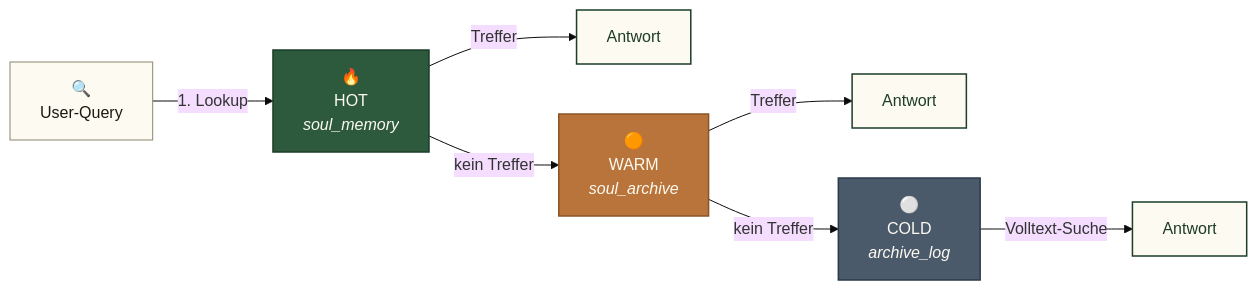
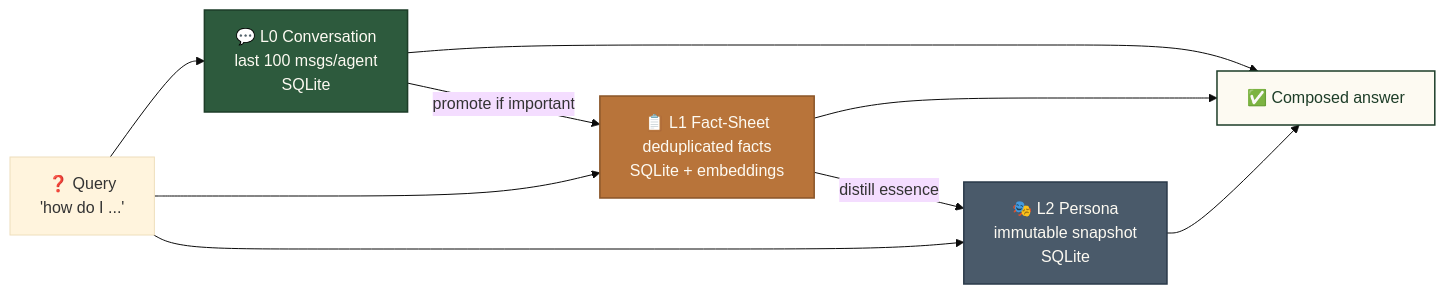
One commit to landjunge/gnom-hub changed the second of 5 diagrams in README.md. Above: the diagram before and after it, drawn with Mermaid (base theme). The commit also changed other lines of this file and 13 other files, not shown here.

````diff
--- a/README.md
+++ b/README.md
@@ -121,15 +152,19 @@
 ```mermaid
 graph LR
-    Q["🔍<br/>User-Query"]:::query -->|1. Lookup| H["🔥<br/>HOT<br/><i>soul_memory</i>"]:::hot
-    H -->|Treffer| R1["Antwort"]:::answer
-    H -->|kein Treffer| W["🟠<br/>WARM<br/><i>soul_archive</i>"]:::warm
-    W -->|Treffer| R2["Antwort"]:::answer
-    W -->|kein Treffer| C["⚪<br/>COLD<br/><i>archive_log</i>"]:::cold
-    C -->|Volltext-Suche| R3["Antwort"]:::answer
+    A["💬 L0 Conversation<br/>last 100 msgs/agent<br/>SQLite"]:::hot
+    B["📋 L1 Fact-Sheet<br/>deduplicated facts<br/>SQLite + embeddings"]:::warm
+    C["🎭 L2 Persona<br/>immutable snapshot<br/>SQLite"]:::cold
+    A -->|promote if important| B
+    B -->|distill essence| C
+    Q["❓ Query<br/>'how do I ...'"]:::query --> A
+    Q --> B
+    Q --> C
+    A --> ANSWER["✅ Composed answer"]:::answer
+    B --> ANSWER
+    C --> ANSWER
 
-    classDef query fill:#fdfaf2,stroke:#8a8470,stroke-width:1px,color:#1a1810
     classDef hot fill:#2d5a3d,stroke:#1d3d28,stroke-width:1.5px,color:#fdfaf2
     classDef warm fill:#b8743a,stroke:#8a5529,stroke-width:1.5px,color:#fdfaf2
     classDef cold fill:#4a5a6a,stroke:#2a3a4a,stroke-width:1.5px,color:#fdfaf2
     classDef answer fill:#fdfaf2,stroke:#1d3d28,stroke-width:1.5px,color:#1d3d28
 ```
````
